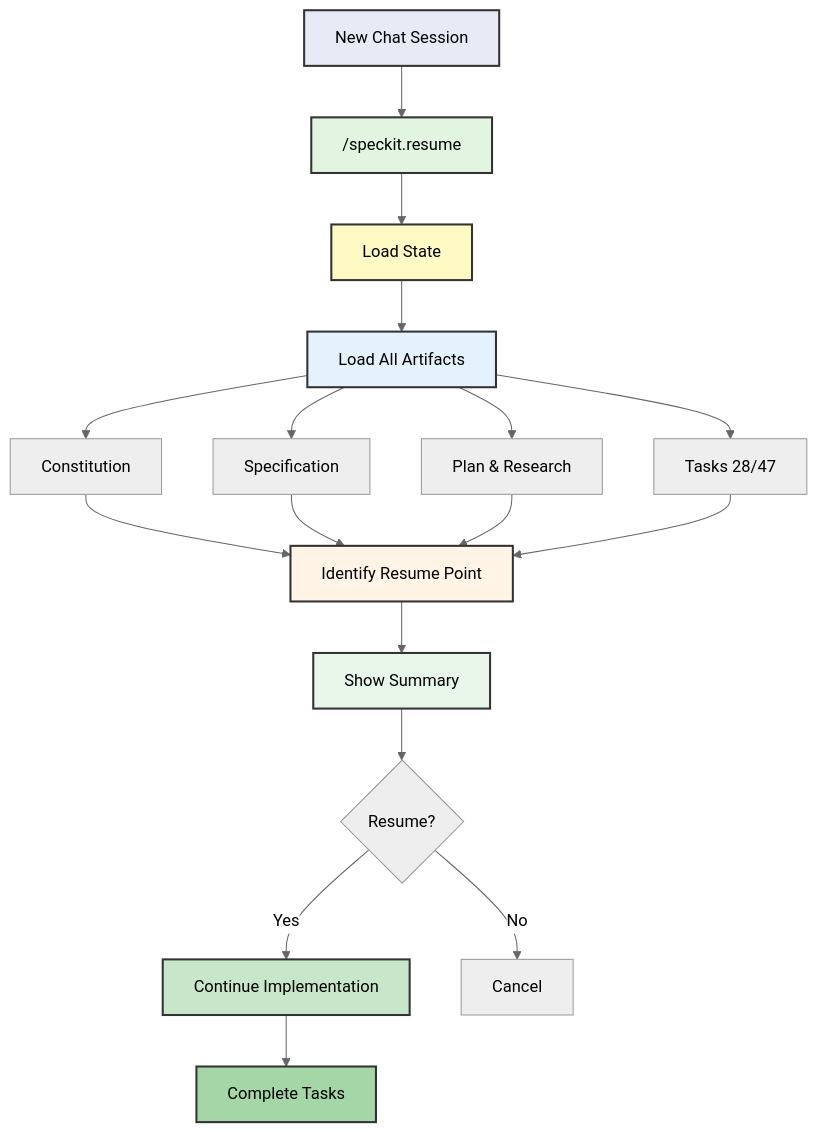
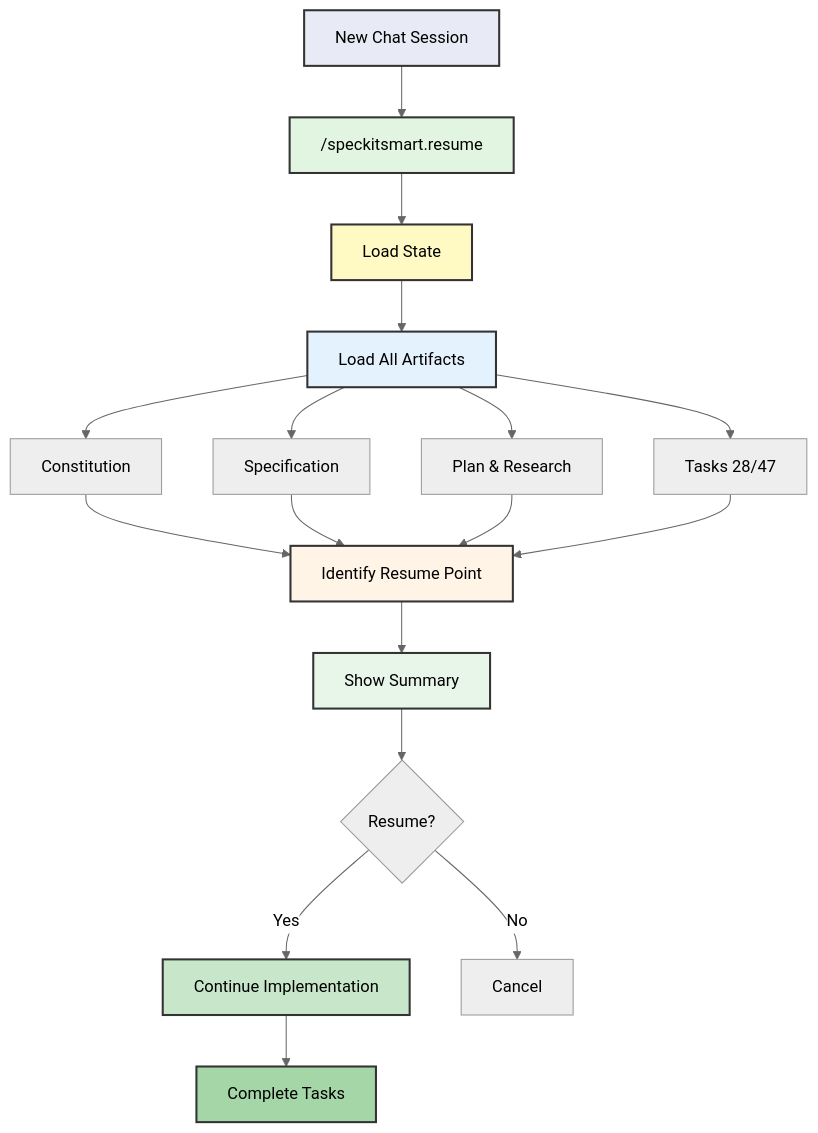
The third of 6 diagrams in README.md (github/spec-kit), drawn with Mermaid (neutral theme) before and after one commit. The commit also changed other lines of this file and 27 other files, not shown here.

````diff
--- a/README.md
+++ b/README.md
@@ -860,28 +885,28 @@
 ```mermaid
 flowchart TD
-    NewChat[New Chat Session] --> Resume["/speckit.resume"]
+    NewChat[New Chat Session] --> Resume["/speckitsmart.resume"]
     Resume --> LoadState[Load State]
     LoadState --> LoadArtifacts[Load All Artifacts]
     LoadArtifacts --> Constitution[Constitution]
     LoadArtifacts --> Spec[Specification]
     LoadArtifacts --> Plan[Plan & Research]
     LoadArtifacts --> Tasks[Tasks 28/47]
     Constitution --> Identify
     Spec --> Identify
     Plan --> Identify
     Tasks --> Identify[Identify Resume Point]
     Identify --> Summary[Show Summary]
     Summary --> Confirm{Resume?}
     Confirm -->|Yes| Continue[Continue Implementation]
     Confirm -->|No| Cancel[Cancel]
     Continue --> Done[Complete Tasks]
 
     style NewChat fill:#e8eaf6,stroke:#333,stroke-width:2px
     style Resume fill:#e1f5e1,stroke:#333,stroke-width:2px
     style LoadState fill:#fff9c4,stroke:#333,stroke-width:2px
     style LoadArtifacts fill:#e3f2fd,stroke:#333,stroke-width:2px
     style Identify fill:#fff4e6,stroke:#333,stroke-width:2px
     style Summary fill:#e8f5e9,stroke:#333,stroke-width:2px
     style Continue fill:#c8e6c9,stroke:#333,stroke-width:2px
     style Done fill:#a5d6a7,stroke:#333,stroke-width:2px
 ```
````
